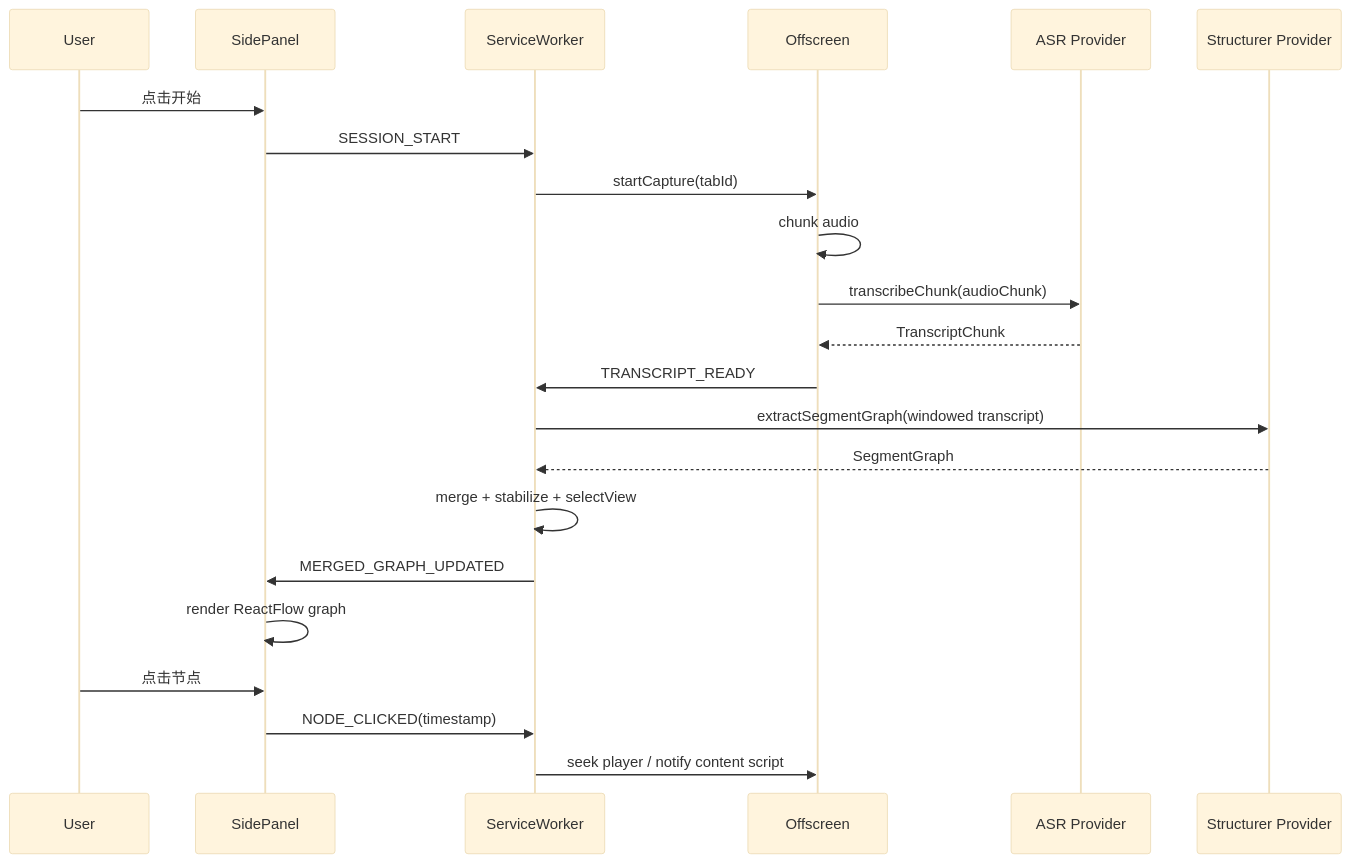
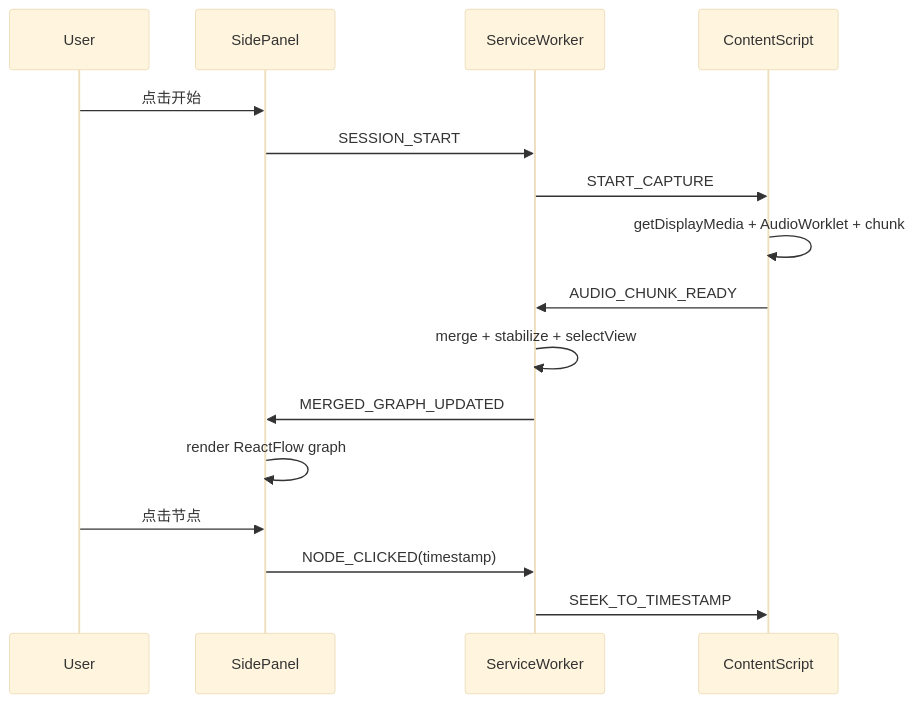
The diagram in doc/更工程化的技术设计文档.md (ban-boi/ListenGraph), drawn with Mermaid (base theme) before and after one commit. The commit also changed other lines of this file and 42 other files, not shown here.

````diff
--- a/doc/更工程化的技术设计文档.md
+++ b/doc/更工程化的技术设计文档.md
@@ -889,25 +905,19 @@
 ```mermaid
 sequenceDiagram
   participant U as User
   participant SP as SidePanel
   participant SW as ServiceWorker
-  participant OS as Offscreen
-  participant ASR as ASR Provider
-  participant LLM as Structurer Provider
+  participant CS as ContentScript
 
   U->>SP: 点击开始
   SP->>SW: SESSION_START
-  SW->>OS: startCapture(tabId)
-  OS->>OS: chunk audio
-  OS->>ASR: transcribeChunk(audioChunk)
-  ASR-->>OS: TranscriptChunk
-  OS->>SW: TRANSCRIPT_READY
-  SW->>LLM: extractSegmentGraph(windowed transcript)
-  LLM-->>SW: SegmentGraph
+  SW->>CS: START_CAPTURE
+  CS->>CS: getDisplayMedia + AudioWorklet + chunk
+  CS->>SW: AUDIO_CHUNK_READY
   SW->>SW: merge + stabilize + selectView
   SW->>SP: MERGED_GRAPH_UPDATED
   SP->>SP: render ReactFlow graph
   U->>SP: 点击节点
   SP->>SW: NODE_CLICKED(timestamp)
-  SW->>OS: seek player / notify content script
+  SW->>CS: SEEK_TO_TIMESTAMP
 ```
````
